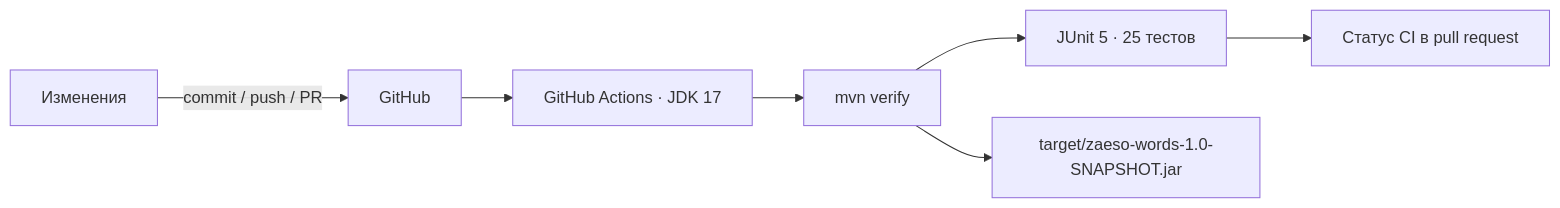
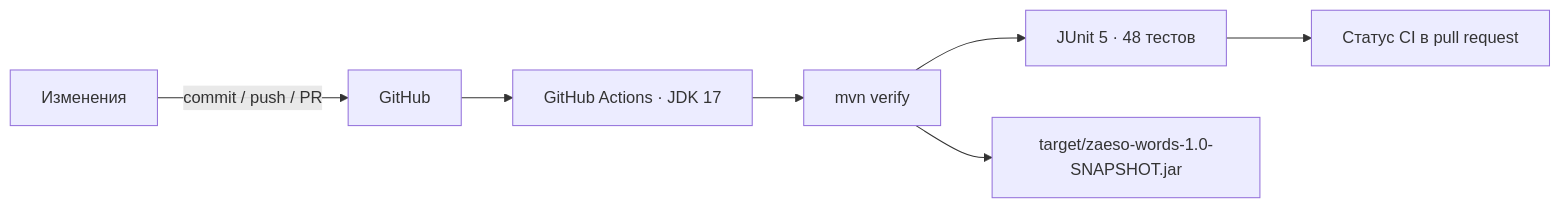
One commit to zaeso/zaeso-Words changed the third of 4 diagrams in zaeso-Words-Roadmap.md. Above: the diagram before and after it, drawn with Mermaid. The commit also changed other lines of this file and 10 other files, not shown here.

````diff
--- a/zaeso-Words-Roadmap.md
+++ b/zaeso-Words-Roadmap.md
@@ -144,9 +158,9 @@
 ```mermaid
 flowchart LR
     DEV["Изменения"] -->|"commit / push / PR"| GH["GitHub"]
     GH --> CI["GitHub Actions · JDK 17"]
     CI --> MVN["mvn verify"]
-    MVN --> TESTS["JUnit 5 · 25 тестов"]
+    MVN --> TESTS["JUnit 5 · 48 тестов"]
     MVN --> JAR["target/zaeso-words-1.0-SNAPSHOT.jar"]
     TESTS --> STATUS["Статус CI в pull request"]
 ```
````
